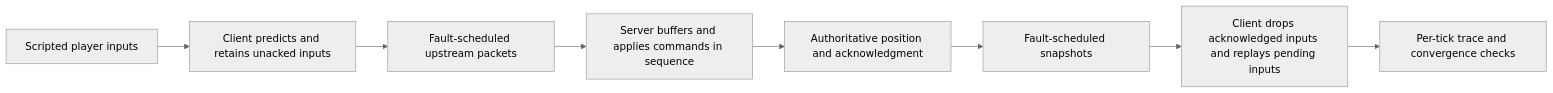
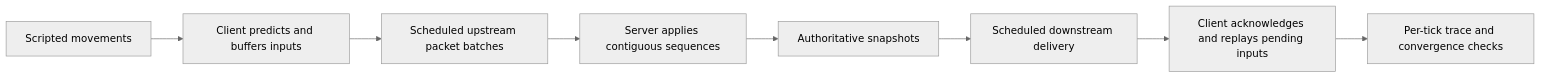
One commit to Preciouscrazy/NetSyncLab changed the diagram in README.md. Above: the diagram before and after it, drawn with Mermaid (neutral theme). The commit also changed other lines of this file and 5 other files, not shown here.

````diff
--- a/README.md
+++ b/README.md
@@ -70,10 +72,10 @@
 ```mermaid
 flowchart LR
-    A[Scripted player inputs] --> B[Client predicts and retains unacked inputs]
-    B --> C[Fault-scheduled upstream packets]
-    C --> D[Server buffers and applies commands in sequence]
-    D --> E[Authoritative position and acknowledgment]
-    E --> F[Fault-scheduled snapshots]
-    F --> G[Client drops acknowledged inputs and replays pending inputs]
+    A[Scripted movements] --> B[Client predicts and buffers inputs]
+    B --> C[Scheduled upstream packet batches]
+    C --> D[Server applies contiguous sequences]
+    D --> E[Authoritative snapshots]
+    E --> F[Scheduled downstream delivery]
+    F --> G[Client acknowledges and replays pending inputs]
     G --> H[Per-tick trace and convergence checks]
 ```
````
